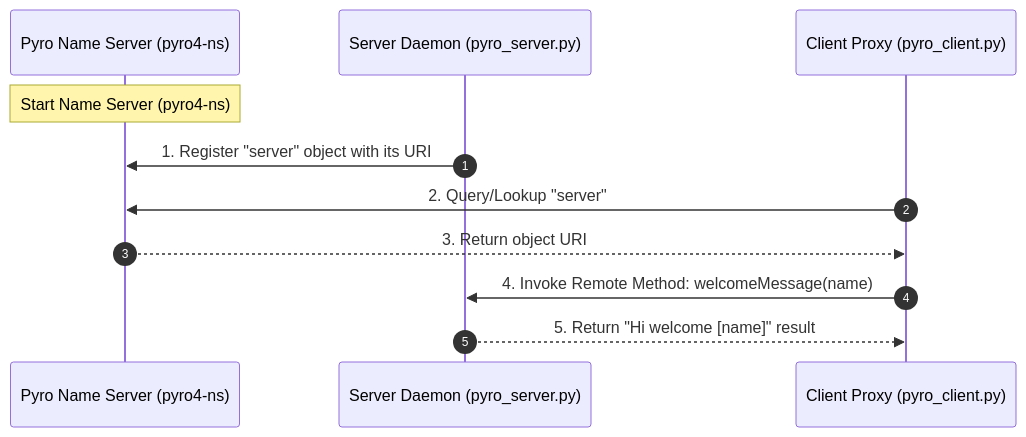
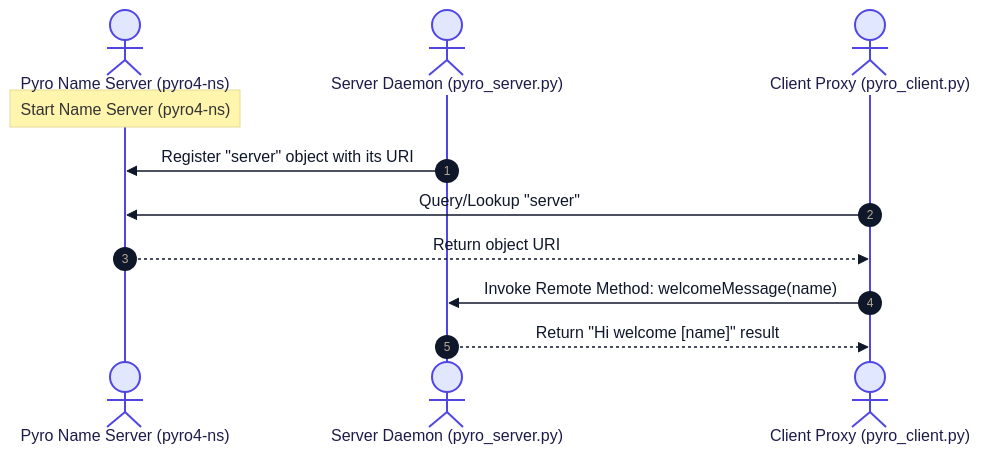
Before and after one commit to RameenAnwar/PDC-SP26-SE: the seventh of 8 diagrams in SyedMuhammadHuzaifaAshrafi-(23FA-035-SE)/Chapter06/README.md, drawn with Mermaid. The commit also changed other lines of this file and 5 other files, not shown here.

````diff
--- a/SyedMuhammadHuzaifaAshrafi-(23FA-035-SE)/Chapter06/README.md
+++ b/SyedMuhammadHuzaifaAshrafi-(23FA-035-SE)/Chapter06/README.md
@@ -371,14 +254,15 @@
 ```mermaid
+%%{init: {'theme': 'base', 'themeVariables': { 'lineColor': '#475569', 'primaryColor': '#f8fafc', 'primaryTextColor': '#0f172a', 'primaryBorderColor': '#cbd5e1', 'actorBorder': '#4f46e5', 'actorBkg': '#e0e7ff', 'actorTextColor': '#1e1b4b' }}}%%
 sequenceDiagram
     autonumber
-    participant NameServer as Pyro Name Server (pyro4-ns)
-    participant Daemon as Server Daemon (pyro_server.py)
-    participant Client as Client Proxy (pyro_client.py)
+    actor NameServer as Pyro Name Server (pyro4-ns)
+    actor Daemon as Server Daemon (pyro_server.py)
+    actor Client as Client Proxy (pyro_client.py)
     
     Note over NameServer: Start Name Server (pyro4-ns)
-    Daemon->>NameServer: 1. Register "server" object with its URI
-    Client->>NameServer: 2. Query/Lookup "server"
-    NameServer-->>Client: 3. Return object URI
-    Client->>Daemon: 4. Invoke Remote Method: welcomeMessage(name)
-    Daemon-->>Client: 5. Return "Hi welcome [name]" result
+    Daemon->>NameServer: Register "server" object with its URI
+    Client->>NameServer: Query/Lookup "server"
+    NameServer-->>Client: Return object URI
+    Client->>Daemon: Invoke Remote Method: welcomeMessage(name)
+    Daemon-->>Client: Return "Hi welcome [name]" result
 ```
````
